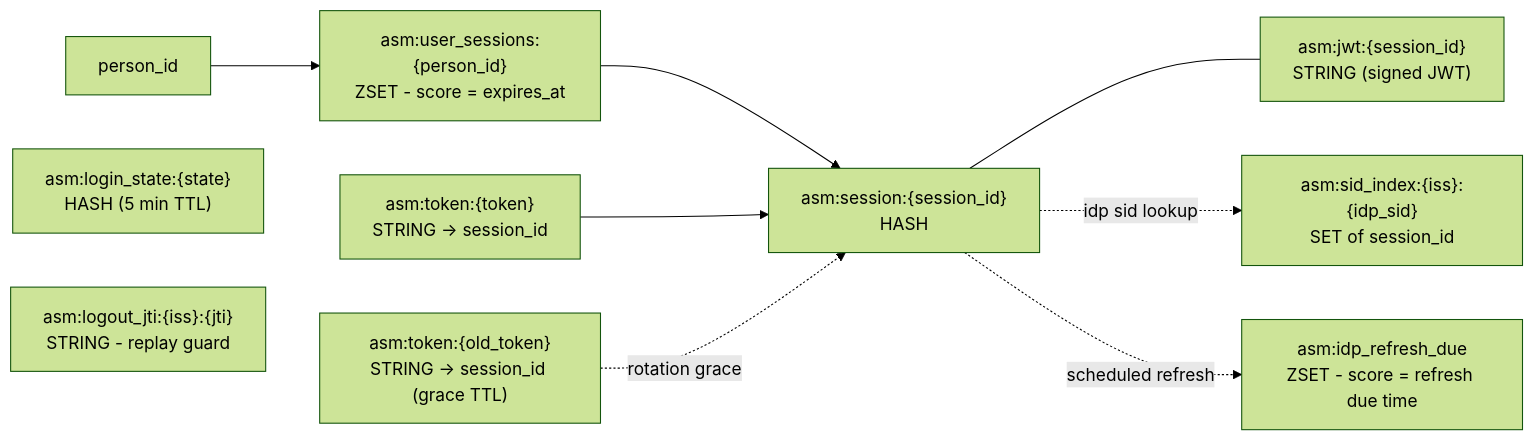
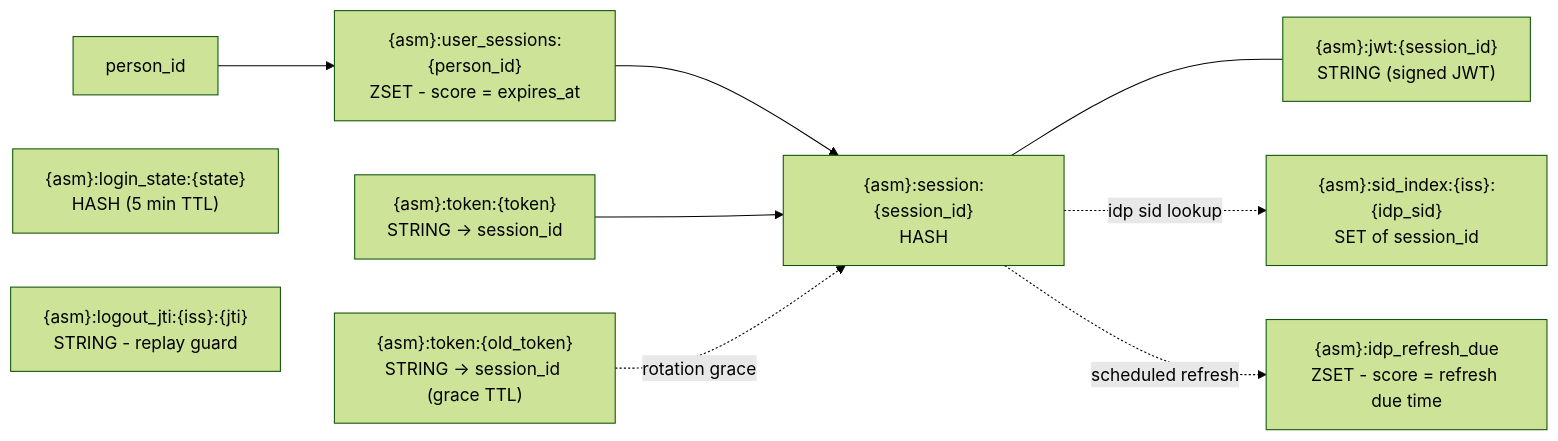
The ninth of 9 diagrams in docs/components/backend/authenticator/DESIGN.md (aleksdotbar/insight), drawn with Mermaid (forest theme) before and after one commit. The commit also changed other lines of this file and 7 other files, not shown here.

First line of the commit message:
Move the session keyspace to a single cluster slot ({asm}: hash tag)

````diff
--- a/docs/components/backend/authenticator/DESIGN.md
+++ b/docs/components/backend/authenticator/DESIGN.md
@@ -710,21 +711,21 @@
 ```mermaid
 graph LR
     P[person_id]
-    IDX["asm:user_sessions:{person_id}<br/>ZSET - score = expires_at"]
-    S["asm:session:{session_id}<br/>HASH"]
-    T1["asm:token:{token}<br/>STRING -> session_id"]
-    T2["asm:token:{old_token}<br/>STRING -> session_id (grace TTL)"]
-    J["asm:jwt:{session_id}<br/>STRING (signed JWT)"]
-    SIDX["asm:sid_index:{iss}:{idp_sid}<br/>SET of session_id"]
-    LS["asm:login_state:{state}<br/>HASH (5 min TTL)"]
-    LJTI["asm:logout_jti:{iss}:{jti}<br/>STRING - replay guard"]
-    DUE["asm:idp_refresh_due<br/>ZSET - score = refresh due time"]
+    IDX["{asm}:user_sessions:{person_id}<br/>ZSET - score = expires_at"]
+    S["{asm}:session:{session_id}<br/>HASH"]
+    T1["{asm}:token:{token}<br/>STRING -> session_id"]
+    T2["{asm}:token:{old_token}<br/>STRING -> session_id (grace TTL)"]
+    J["{asm}:jwt:{session_id}<br/>STRING (signed JWT)"]
+    SIDX["{asm}:sid_index:{iss}:{idp_sid}<br/>SET of session_id"]
+    LS["{asm}:login_state:{state}<br/>HASH (5 min TTL)"]
+    LJTI["{asm}:logout_jti:{iss}:{jti}<br/>STRING - replay guard"]
+    DUE["{asm}:idp_refresh_due<br/>ZSET - score = refresh due time"]
 
     P --> IDX
     IDX --> S
     T1 --> S
     T2 -. rotation grace .-> S
     S --- J
     S -. idp sid lookup .-> SIDX
     S -. scheduled refresh .-> DUE
 ```
````
